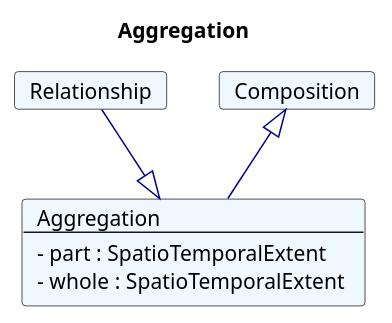
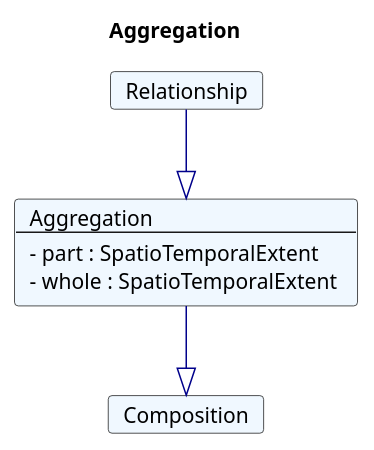
The diagram in fragments/puml/Aggregation.plantuml (rtigran/rdf2adoc), drawn with PlantUML before and after one commit. The commit also changed 111 other files, not shown here.

Commit message:
fix for diagram plantuml, diagram generartion switchded off

```diff
--- a/fragments/puml/Aggregation.plantuml
+++ b/fragments/puml/Aggregation.plantuml
@@ -1,18 +1,18 @@
 @startuml
 Title Aggregation 
 
 Card Aggregation #F0F8FF [
 Aggregation
 ----
 - part : SpatioTemporalExtent 
 - whole : SpatioTemporalExtent 
 ]
 Card Relationship #F0F8FF [
 Relationship
 ]
 Relationship --|> Aggregation  #00008B 
 Card Composition #F0F8FF [
 Composition
 ]
-Composition <|-- Aggregation  #00008B 
+Aggregation --|> Composition  #00008B 
 @enduml
```
